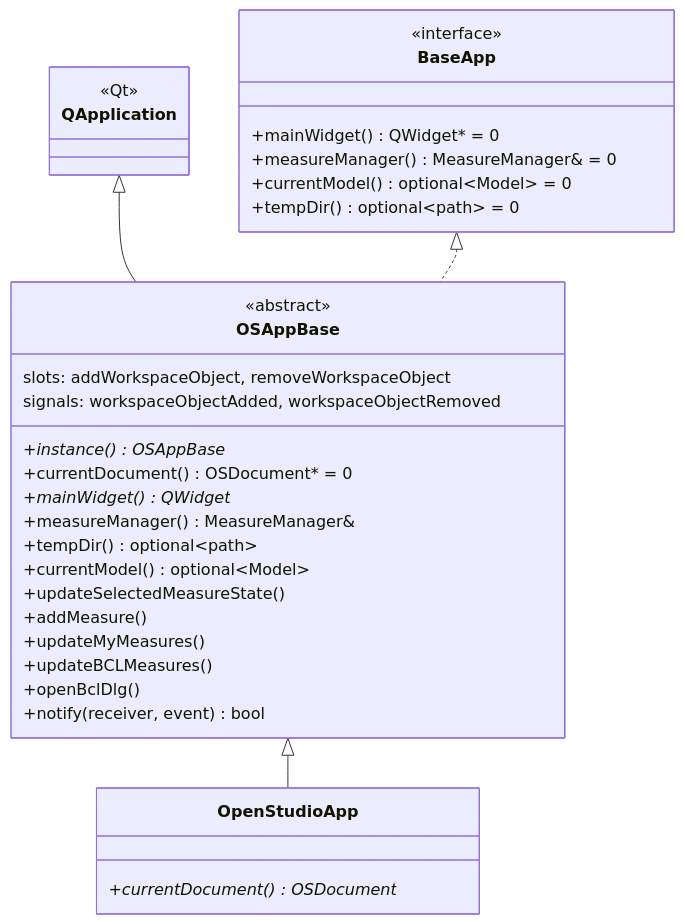
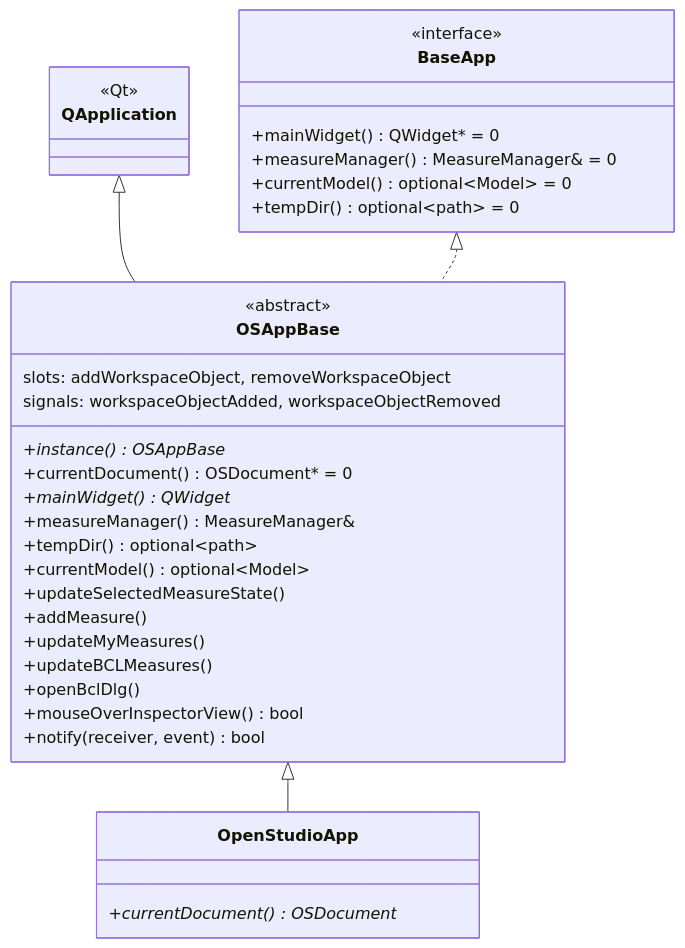
One commit to openstudiocoalition/OpenStudioApplication changed the diagram in developer/doc/classes/openstudio_lib/OSAppBase.md. Above: the diagram before and after it, drawn with Mermaid. The commit also changed other lines of this file and 20 other files, not shown here.

````diff
--- a/developer/doc/classes/openstudio_lib/OSAppBase.md
+++ b/developer/doc/classes/openstudio_lib/OSAppBase.md
@@ -17,37 +17,38 @@
 ```mermaid
 classDiagram
   class QApplication {
     <<Qt>>
   }
   class BaseApp {
     <<interface>>
     +mainWidget() QWidget* = 0
     +measureManager() MeasureManager& = 0
     +currentModel() optional~Model~ = 0
     +tempDir() optional~path~ = 0
   }
   class OSAppBase {
     <<abstract>>
     +instance() OSAppBase*
     +currentDocument() OSDocument* = 0
     +mainWidget() QWidget*
     +measureManager() MeasureManager&
     +tempDir() optional~path~
     +currentModel() optional~Model~
     +updateSelectedMeasureState()
     +addMeasure()
     +updateMyMeasures()
     +updateBCLMeasures()
     +openBclDlg()
+    +mouseOverInspectorView() bool
     +notify(receiver, event) bool
     slots: addWorkspaceObject, removeWorkspaceObject
     signals: workspaceObjectAdded, workspaceObjectRemoved
   }
   class OpenStudioApp {
     +currentDocument() OSDocument*
   }
 
   QApplication <|-- OSAppBase
   BaseApp <|.. OSAppBase
   OSAppBase <|-- OpenStudioApp
 ```
````
